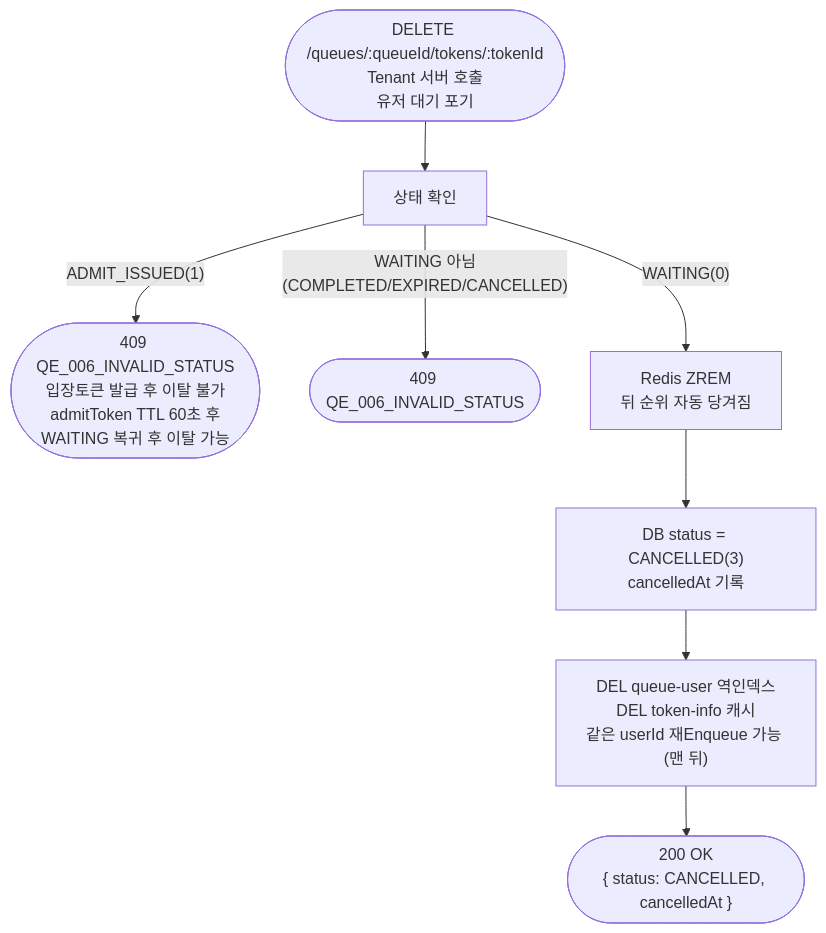
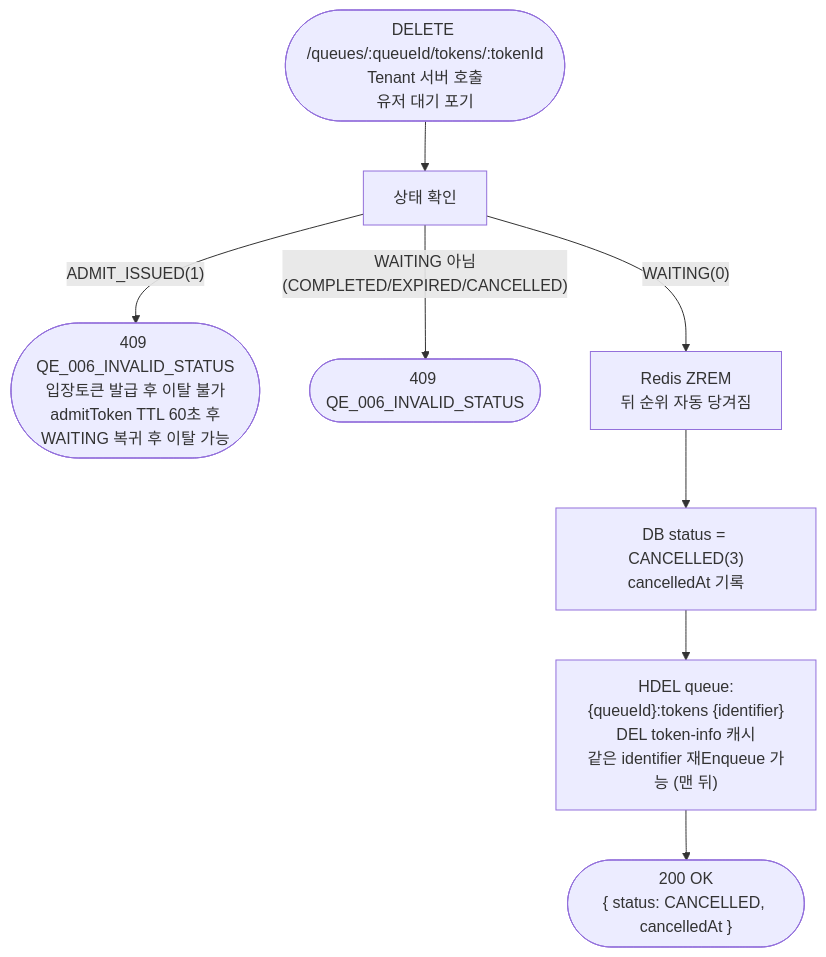
One commit to S-Onix/queue-platform changed the fifth of 11 diagrams in doc/FLOW.md. Above: the diagram before and after it, drawn with Mermaid. The commit also changed other lines of this file and 7 other files, not shown here.

````diff
--- a/doc/FLOW.md
+++ b/doc/FLOW.md
@@ -201,12 +202,12 @@
 ```mermaid
 flowchart TD
     DQ(["DELETE /queues/:queueId/tokens/:tokenId\nTenant 서버 호출\n유저 대기 포기"])
     --> CHK["상태 확인"]
 
     CHK -->|"ADMIT_ISSUED(1)"| E409A(["409 QE_006_INVALID_STATUS\n입장토큰 발급 후 이탈 불가\nadmitToken TTL 60초 후\nWAITING 복귀 후 이탈 가능"])
     CHK -->|"WAITING 아님\n(COMPLETED/EXPIRED/CANCELLED)"| E409B(["409 QE_006_INVALID_STATUS"])
     CHK -->|"WAITING(0)"| ZREM["Redis ZREM\n뒤 순위 자동 당겨짐"]
     --> DB["DB status = CANCELLED(3)\ncancelledAt 기록"]
-    --> DEL["DEL queue-user 역인덱스\nDEL token-info 캐시\n같은 userId 재Enqueue 가능 (맨 뒤)"]
+    --> DEL["HDEL queue:{queueId}:tokens {identifier}\nDEL token-info 캐시\n같은 identifier 재Enqueue 가능 (맨 뒤)"]
     --> OK(["200 OK\n{ status: CANCELLED, cancelledAt }"])
 ```
````
